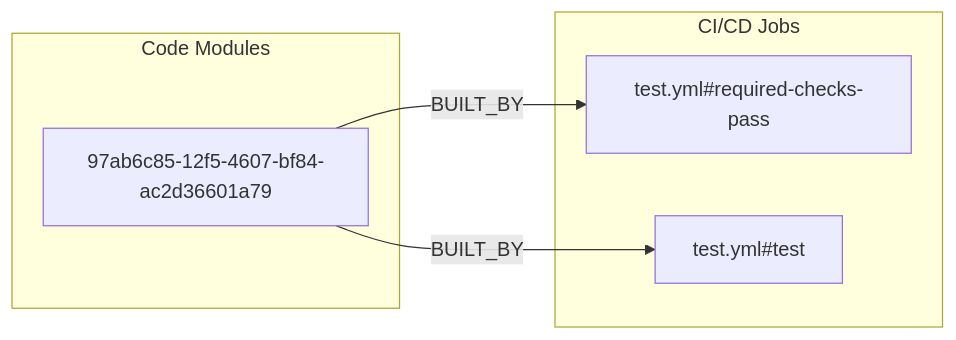
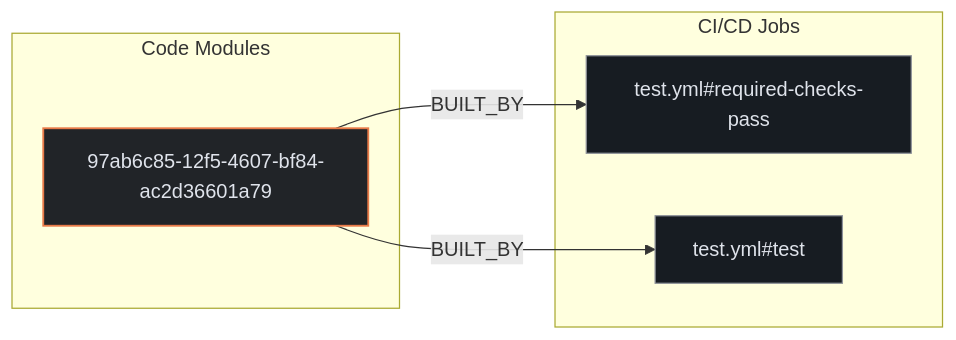
One commit to kumarshaz/atruss-code-atlas changed the second of 3 diagrams in exports/latest/reports/TryGhost-Source-report.md. Above: the diagram before and after it, drawn with Mermaid. The commit also changed other lines of this file and 331 other files, not shown here.

Commit message:
docs,ui,fix: update SDLC docs, reorder CI/CD DAG first, stylize Mermaid, and fix Arc42 pipeline topology

````diff
--- a/exports/latest/reports/TryGhost-Source-report.md
+++ b/exports/latest/reports/TryGhost-Source-report.md
@@ -94,12 +101,16 @@
 ```mermaid
 flowchart LR
+    classDef atlasCategory fill:#212428,stroke:#E87A48,stroke-width:1.5px,color:#dfe3eb
+    classDef atlasWorkflow fill:#1b2026,stroke:#a3c9ff,stroke-width:1.5px,color:#dfe3eb
+    classDef atlasJob fill:#171c22,stroke:#8d9199,stroke-width:1px,color:#dfe3eb
+    classDef atlasTarget fill:#005227,stroke:#8bd99b,stroke-width:1.5px,color:#a7f6b6
     subgraph code_modules["Code Modules"]
-        mod_97ab6c85_12f5_4607_bf84_ac2d36601a79["97ab6c85-12f5-4607-bf84-ac2d36601a79"]
+        mod_97ab6c85_12f5_4607_bf84_ac2d36601a79["97ab6c85-12f5-4607-bf84-ac2d36601a79"]:::atlasCategory
     end
     subgraph ci_jobs["CI/CD Jobs"]
-        job_test_yml_required_checks_pass["test.yml#required-checks-pass"]
-        job_test_yml_test["test.yml#test"]
+        job_test_yml_required_checks_pass["test.yml#required-checks-pass"]:::atlasJob
+        job_test_yml_test["test.yml#test"]:::atlasJob
     end
     mod_97ab6c85_12f5_4607_bf84_ac2d36601a79 -->|BUILT_BY| job_test_yml_required_checks_pass
     mod_97ab6c85_12f5_4607_bf84_ac2d36601a79 -->|BUILT_BY| job_test_yml_test
 ```
````
